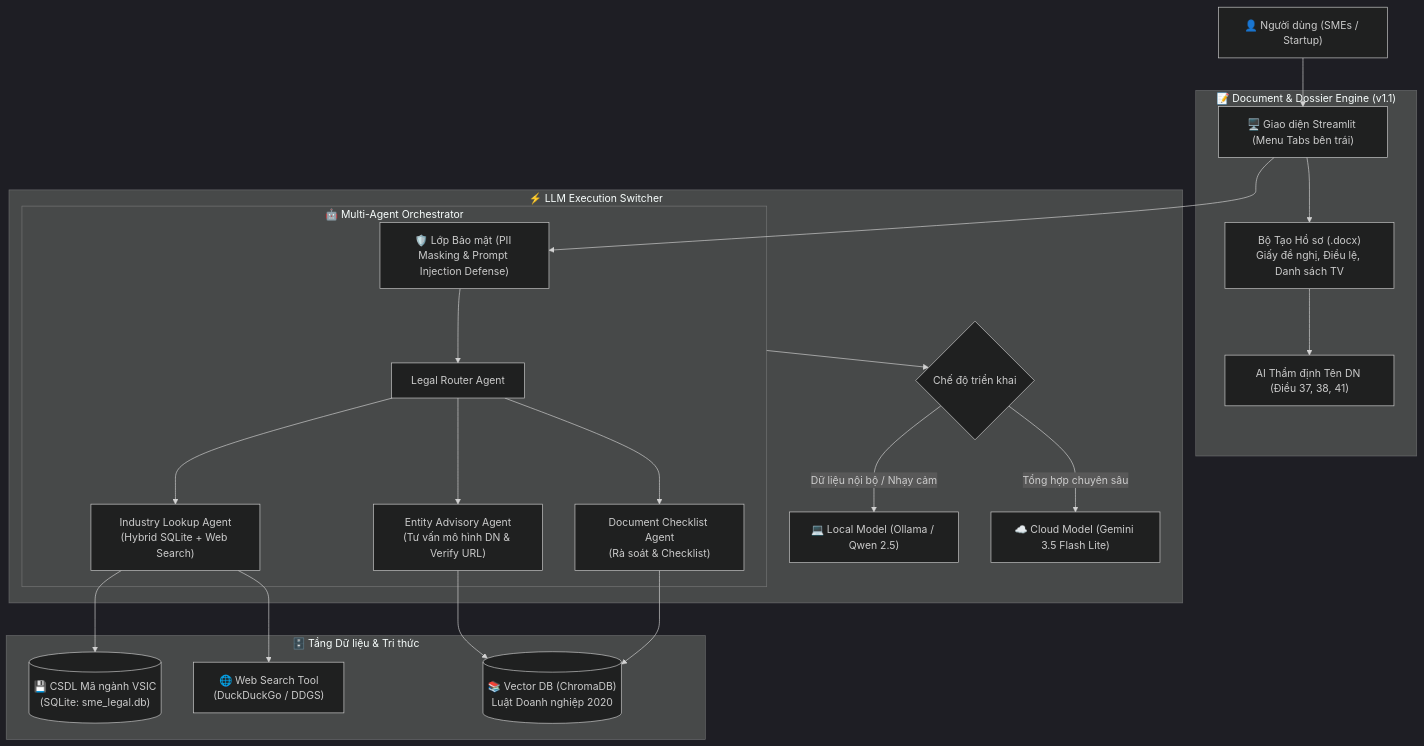
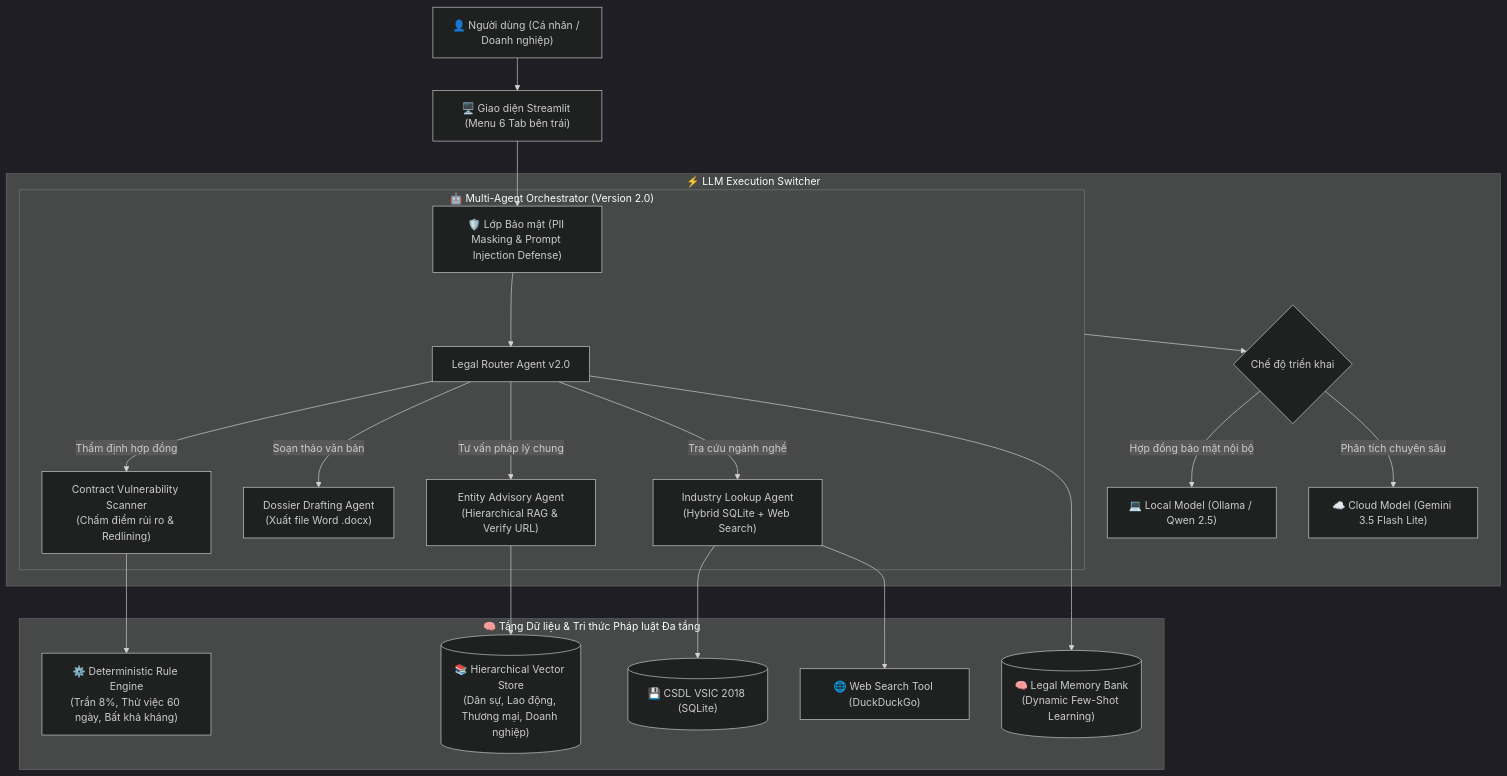
Before and after one commit to snowflake-vibing/LLM_Nhut: the diagram in README.md, drawn with Mermaid (dark theme). The commit also changed other lines of this file and 15 other files, not shown here.

Commit message:
feat: complete Version 2.0 Major Release with contract vulnerability scanner, in-chat generative UI, hierarchical multi-domain RAG, and memory bank

````diff
--- a/README.md
+++ b/README.md
@@ -78,30 +69,27 @@
 ```mermaid
 flowchart TD
-    User["👤 Người dùng (SMEs / Startup)"] --> UI["🖥️ Giao diện Streamlit (Menu Tabs bên trái)"]
+    User["👤 Người dùng (Cá nhân / Doanh nghiệp)"] --> UI["🖥️ Giao diện Streamlit (Menu 6 Tab bên trái)"]
     UI --> Guardrails["🛡️ Lớp Bảo mật (PII Masking & Prompt Injection Defense)"]
     
-    subgraph MultiAgentEngine ["🤖 Multi-Agent Orchestrator"]
-        Guardrails --> RouterAgent["Legal Router Agent"]
-        RouterAgent --> AdvisoryAgent["Entity Advisory Agent\n(Tư vấn mô hình DN & Verify URL)"]
-        RouterAgent --> IndustryAgent["Industry Lookup Agent\n(Hybrid SQLite + Web Search)"]
-        RouterAgent --> ReviewerAgent["Document Checklist Agent\n(Rà soát & Checklist)"]
+    subgraph MultiAgentOrchestrator ["🤖 Multi-Agent Orchestrator (Version 2.0)"]
+        Guardrails --> RouterAgent["Legal Router Agent v2.0"]
+        RouterAgent -->|"Thẩm định hợp đồng"| ContractScanner["Contract Vulnerability Scanner\n(Chấm điểm rủi ro & Redlining)"]
+        RouterAgent -->|"Soạn thảo văn bản"| DossierAgent["Dossier Drafting Agent\n(Xuất file Word .docx)"]
+        RouterAgent -->|"Tra cứu ngành nghề"| IndustryAgent["Industry Lookup Agent\n(Hybrid SQLite + Web Search)"]
+        RouterAgent -->|"Tư vấn pháp lý chung"| AdvisoryAgent["Entity Advisory Agent\n(Hierarchical RAG & Verify URL)"]
     end
 
-    subgraph DossierEngine ["📝 Document & Dossier Engine (v1.1)"]
-        UI --> DossierGen["Bộ Tạo Hồ sơ (.docx)\nGiấy đề nghị, Điều lệ, Danh sách TV"]
-        DossierGen --> LegalValidator["AI Thẩm định Tên DN (Điều 37, 38, 41)"]
-    end
-
-    subgraph DataLayer ["🗄️ Tầng Dữ liệu & Tri thức"]
-        IndustryAgent --> SQLDB[("💾 CSDL Mã ngành VSIC\n(SQLite: sme_legal.db)")]
-        IndustryAgent --> WebSearch["🌐 Web Search Tool\n(DuckDuckGo / DDGS)"]
-        AdvisoryAgent --> VectorDB[("📚 Vector DB (ChromaDB)\nLuật Doanh nghiệp 2020")]
-        ReviewerAgent --> VectorDB
+    subgraph IntelligenceLayer ["🧠 Tầng Dữ liệu & Tri thức Pháp luật Đa tầng"]
+        ContractScanner --> RuleEngine["⚙️ Deterministic Rule Engine\n(Trần 8%, Thử việc 60 ngày, Bất khả kháng)"]
+        AdvisoryAgent --> HierarchicalRAG[("📚 Hierarchical Vector Store\n(Dân sự, Lao động, Thương mại, Doanh nghiệp)")]
+        IndustryAgent --> SQLDB[("💾 CSDL VSIC 2018 (SQLite)")]
+        IndustryAgent --> WebSearch["🌐 Web Search Tool (DuckDuckGo)"]
+        RouterAgent --> MemoryBank[("🧠 Legal Memory Bank\n(Dynamic Few-Shot Learning)")]
     end
 
     subgraph LLMExecutionEngine ["⚡ LLM Execution Switcher"]
-        MultiAgentEngine --> Switcher{"Chế độ triển khai"}
-        Switcher -->|"Dữ liệu nội bộ / Nhạy cảm"| LocalLLM["💻 Local Model (Ollama / Qwen 2.5)"]
-        Switcher -->|"Tổng hợp chuyên sâu"| CloudLLM["☁️ Cloud Model (Gemini 3.5 Flash Lite)"]
+        MultiAgentOrchestrator --> Switcher{"Chế độ triển khai"}
+        Switcher -->|"Hợp đồng bảo mật nội bộ"| LocalLLM["💻 Local Model (Ollama / Qwen 2.5)"]
+        Switcher -->|"Phân tích chuyên sâu"| CloudLLM["☁️ Cloud Model (Gemini 3.5 Flash Lite)"]
     end
 ```
````
